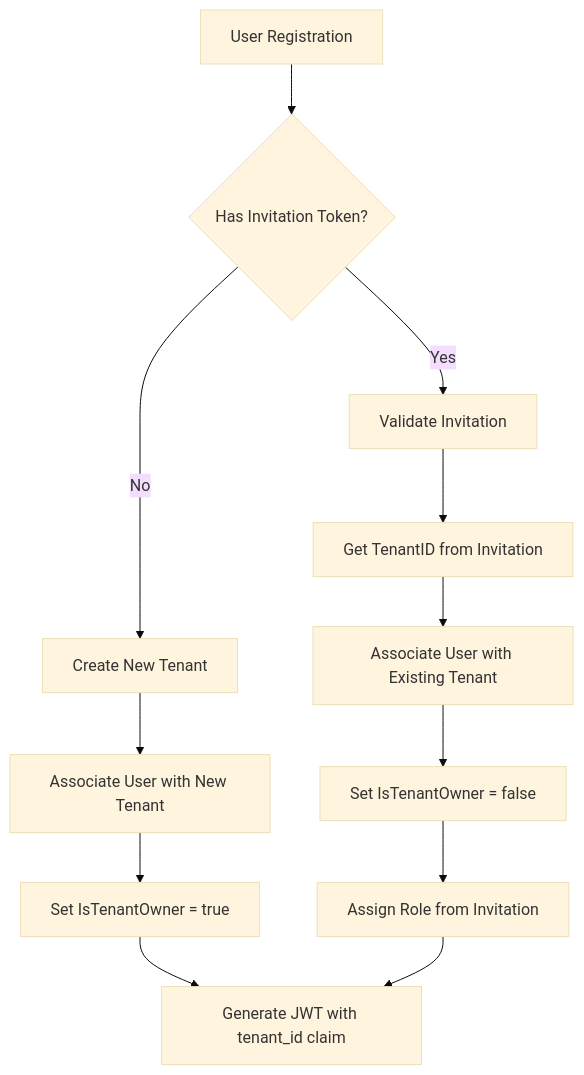
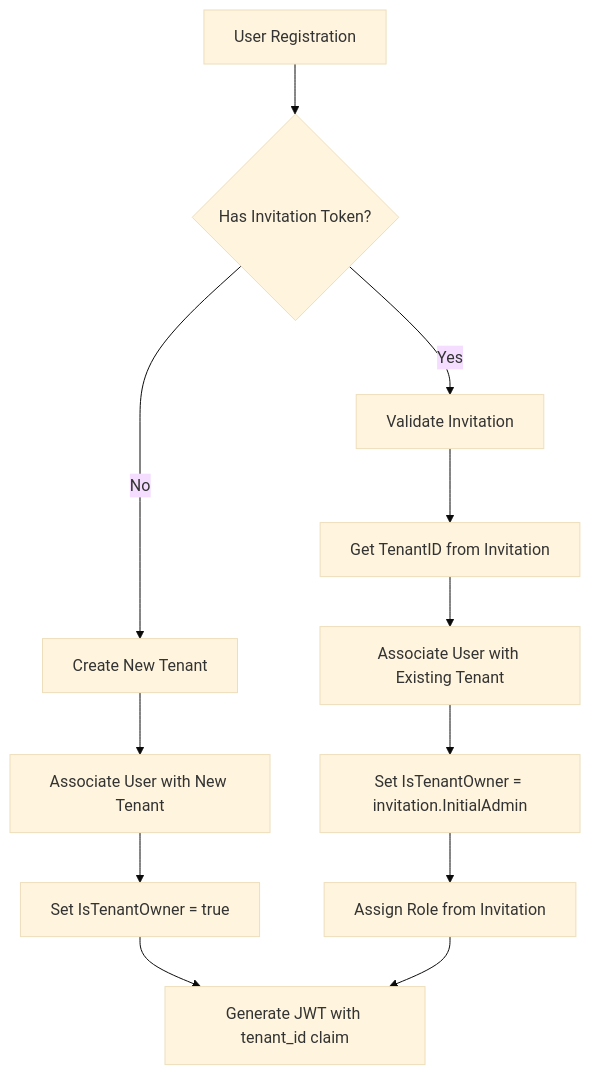
One commit to jeremyhahn/go-trusted-platform changed the diagram in docs/tenant/architecture.md. Above: the diagram before and after it, drawn with Mermaid (base theme). The commit also changed other lines of this file and 9 other files, not shown here.

First line of the commit message:
feat(tenant): invitation-based tenant-owner enrollment (#158, invite path) (#314)

````diff
--- a/docs/tenant/architecture.md
+++ b/docs/tenant/architecture.md
@@ -717,14 +717,14 @@
 ```mermaid
 flowchart TD
     A[User Registration] --> B{Has Invitation Token?}
     B -->|No| C[Create New Tenant]
     C --> D[Associate User with New Tenant]
     D --> E[Set IsTenantOwner = true]
     B -->|Yes| F[Validate Invitation]
     F --> G[Get TenantID from Invitation]
     G --> H[Associate User with Existing Tenant]
-    H --> I[Set IsTenantOwner = false]
+    H --> I[Set IsTenantOwner = invitation.InitialAdmin]
     I --> J[Assign Role from Invitation]
     E --> K[Generate JWT with tenant_id claim]
     J --> K
 ```
````
